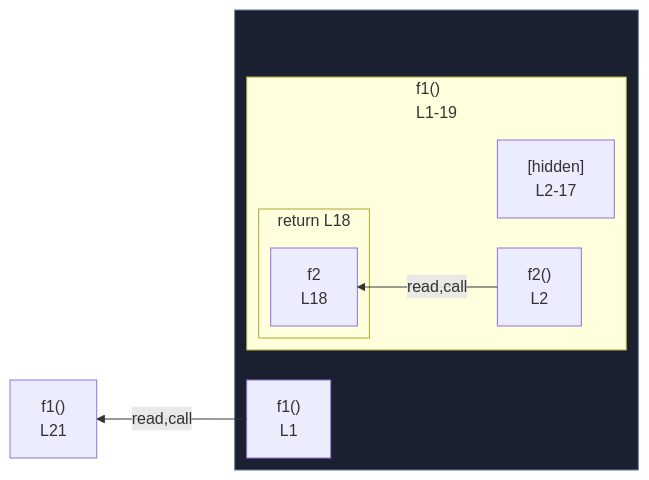
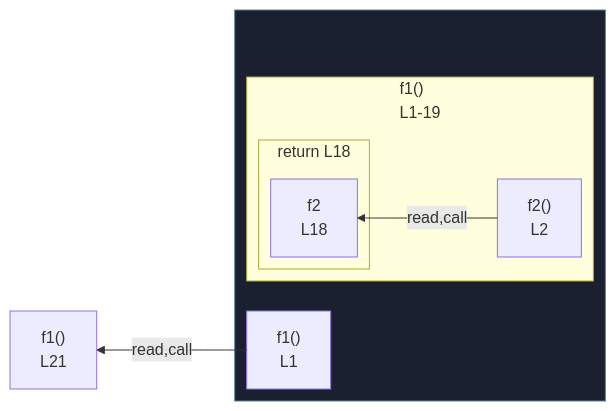
One commit to crescware/unsnarl changed the diagram in integration/fixtures/app-behavior/depth/function/depth-1/preview.md. Above: the diagram before and after it, drawn with Mermaid. The commit also changed 96 other files, not shown here.

````diff
--- a/integration/fixtures/app-behavior/depth/function/depth-1/preview.md
+++ b/integration/fixtures/app-behavior/depth/function/depth-1/preview.md
@@ -31,22 +31,21 @@
 ```mermaid
 %%{init: {"flowchart": {"defaultRenderer": "elk"}}}%%
 flowchart RL
   subgraph wrap_s_scope_1[" "]
     direction TB
     n_scope_0_f1_9["f1()<br/>L1"]
     subgraph s_scope_1["f1()<br/>L1-19"]
       direction RL
       n_scope_1_f2_27["f2()<br/>L2"]
-      collapsed_scope_2["[hidden]<br/>L2-17"]
       subgraph s_return_scope_0_f1_9_295_307["return L18"]
         direction RL
         ret_use_ref_6["f2<br/>L18"]
       end
     end
   end
   n_scope_1_f2_27 -->|read,call| ret_use_ref_6
   n_scope_0_f1_9 -->|read,call| expr_stmt_311
   expr_stmt_311["f1()<br/>L21"]
   classDef fnWrap fill:#1a2030,stroke:#5a7d99;
   class wrap_s_scope_1 fnWrap;
 ```
````
